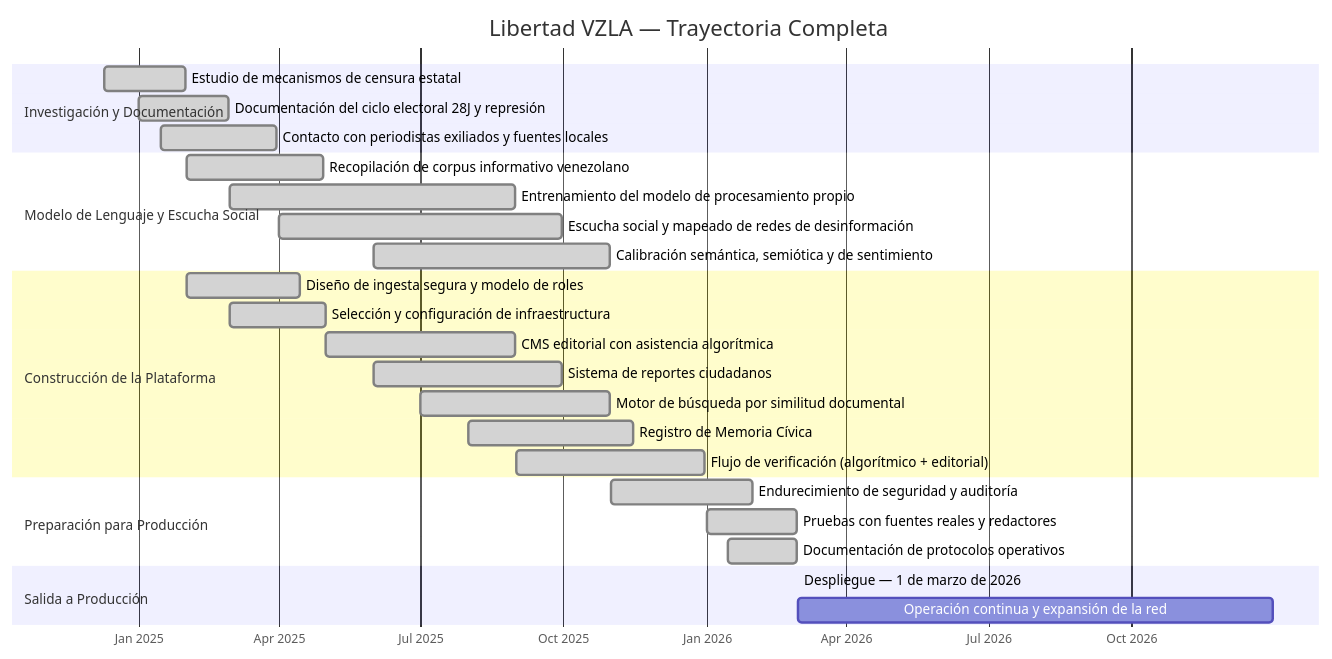
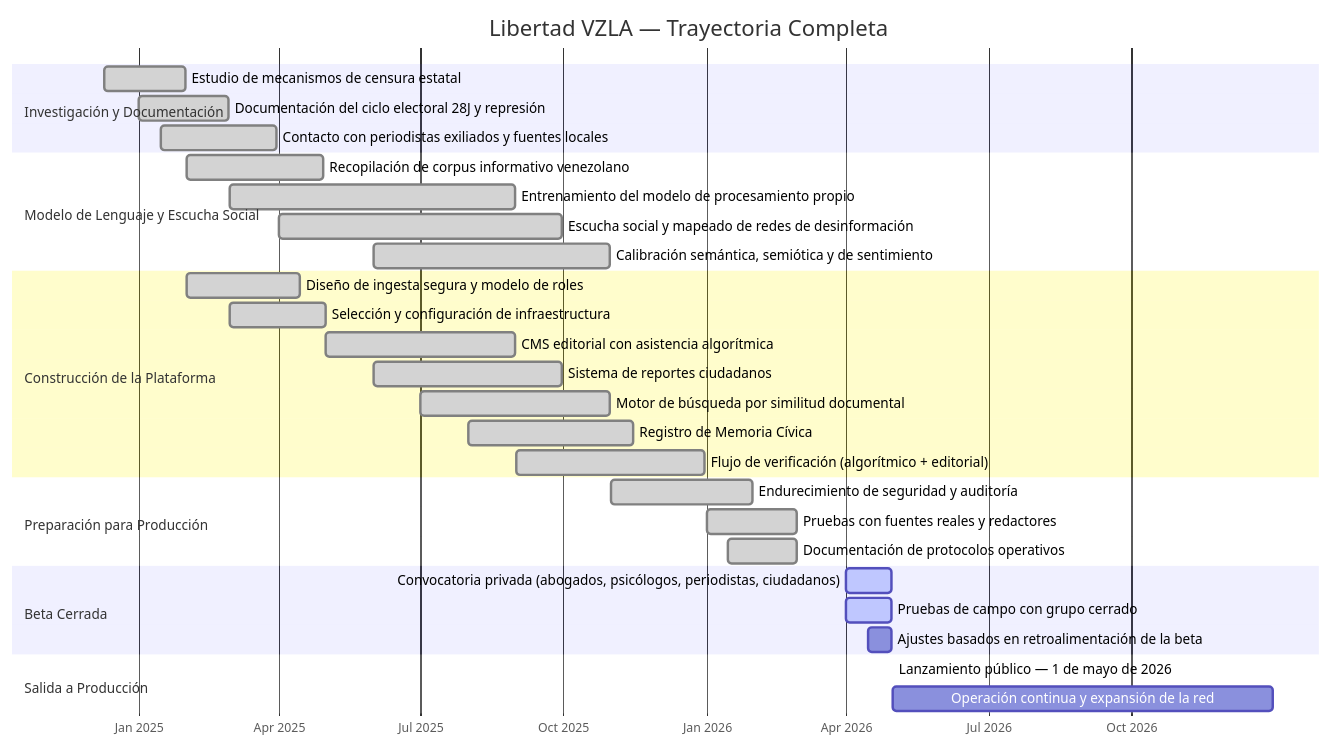
One commit to LuisSambrano/libertad-showcase changed the first of 2 diagrams in README.md. Above: the diagram before and after it, drawn with Mermaid. The commit also changed other lines of this file, not shown here.

Commit message:
feat: new timeline — April 1 closed beta, May 1 public launch

````diff
--- a/README.md
+++ b/README.md
@@ -80,35 +80,40 @@
 ```mermaid
 gantt
     title Libertad VZLA — Trayectoria Completa
     dateFormat YYYY-MM-DD
     axisFormat %b %Y
 
     section Investigación y Documentación
     Estudio de mecanismos de censura estatal               :done,    r1, 2024-12-10, 2025-01-31
     Documentación del ciclo electoral 28J y represión      :done,    r2, 2025-01-01, 2025-02-28
     Contacto con periodistas exiliados y fuentes locales   :done,    r3, 2025-01-15, 2025-03-31
 
     section Modelo de Lenguaje y Escucha Social
     Recopilación de corpus informativo venezolano          :done,    m1, 2025-02-01, 2025-04-30
     Entrenamiento del modelo de procesamiento propio       :done,    m2, 2025-03-01, 2025-08-31
     Escucha social y mapeado de redes de desinformación    :done,    m3, 2025-04-01, 2025-09-30
     Calibración semántica, semiótica y de sentimiento      :done,    m4, 2025-06-01, 2025-10-31
 
     section Construcción de la Plataforma
     Diseño de ingesta segura y modelo de roles             :done,    a1, 2025-02-01, 2025-04-15
     Selección y configuración de infraestructura           :done,    a2, 2025-03-01, 2025-05-01
     CMS editorial con asistencia algorítmica               :done,    d1, 2025-05-01, 2025-08-31
     Sistema de reportes ciudadanos                         :done,    d2, 2025-06-01, 2025-09-30
     Motor de búsqueda por similitud documental             :done,    d3, 2025-07-01, 2025-10-31
     Registro de Memoria Cívica                             :done,    d4, 2025-08-01, 2025-11-15
     Flujo de verificación (algorítmico + editorial)        :done,    d5, 2025-09-01, 2025-12-31
 
     section Preparación para Producción
     Endurecimiento de seguridad y auditoría                :done,    p1, 2025-11-01, 2026-01-31
     Pruebas con fuentes reales y redactores                :done,    p2, 2026-01-01, 2026-02-28
     Documentación de protocolos operativos                 :done,    p3, 2026-01-15, 2026-02-28
 
+    section Beta Cerrada
+    Convocatoria privada (abogados, psicólogos, periodistas, ciudadanos) :active, b1, 2026-04-01, 2026-04-30
+    Pruebas de campo con grupo cerrado                     :active,  b2, 2026-04-01, 2026-04-30
+    Ajustes basados en retroalimentación de la beta        :         b3, 2026-04-15, 2026-04-30
+
     section Salida a Producción
-    Despliegue — 1 de marzo de 2026                        :active,  l1, 2026-03-01, 2026-03-01
-    Operación continua y expansión de la red               :         l2, 2026-03-01, 2026-12-31
+    Lanzamiento público — 1 de mayo de 2026                :         l1, 2026-05-01, 2026-05-01
+    Operación continua y expansión de la red               :         l2, 2026-05-01, 2026-12-31
 ```
````
